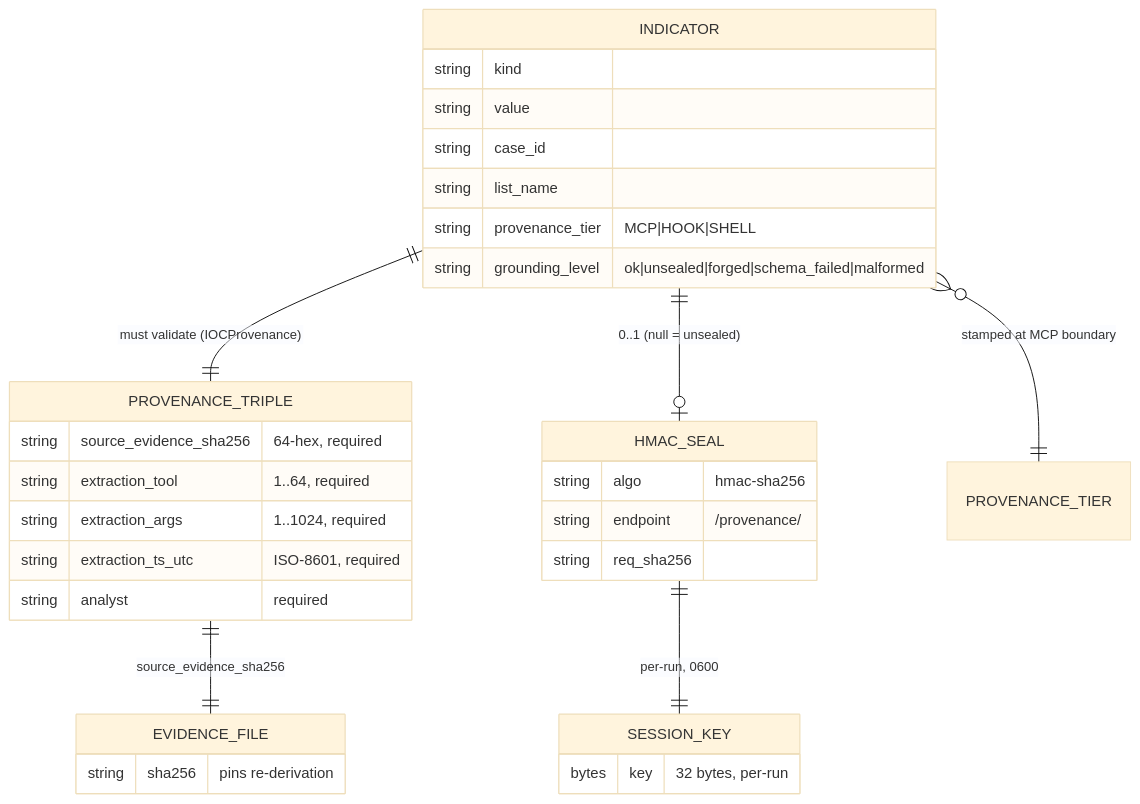
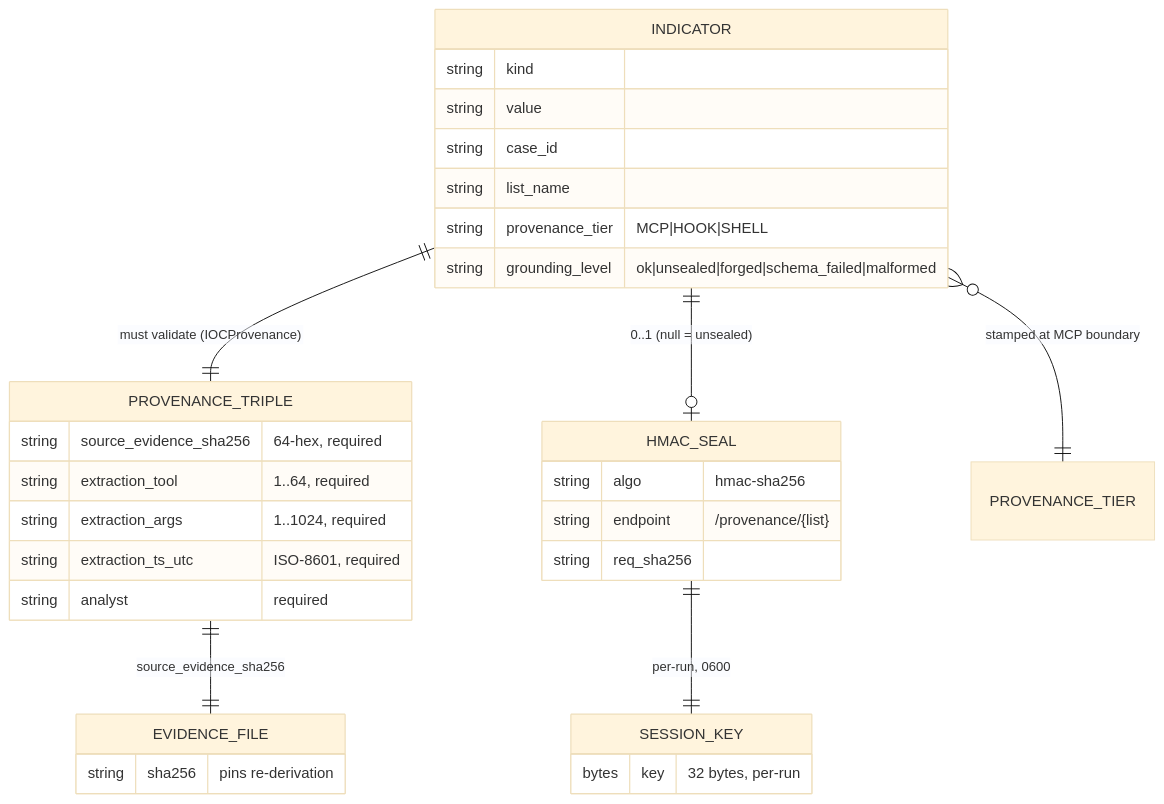
Before and after one commit to galvangabriel-web/agentropix-mcp: the diagram in docs/05-safety-forensics/provenance-grounding.md, drawn with Mermaid (base theme). The commit also changed 20 other files, not shown here.

First line of the commit message:
Diagram readability pass (workflow): redesign diagrams for size/clarity + audit log

````diff
--- a/docs/05-safety-forensics/provenance-grounding.md
+++ b/docs/05-safety-forensics/provenance-grounding.md
@@ -145,35 +145,35 @@
 ```mermaid
 erDiagram
     INDICATOR ||--|| PROVENANCE_TRIPLE : "must validate (IOCProvenance)"
     INDICATOR ||--o| HMAC_SEAL : "0..1 (null = unsealed)"
     INDICATOR }o--|| PROVENANCE_TIER : "stamped at MCP boundary"
     PROVENANCE_TRIPLE ||--|| EVIDENCE_FILE : "source_evidence_sha256"
     HMAC_SEAL ||--|| SESSION_KEY : "per-run, 0600"
 
     INDICATOR {
         string kind
         string value
         string case_id
         string list_name
         string provenance_tier "MCP|HOOK|SHELL"
         string grounding_level "ok|unsealed|forged|schema_failed|malformed"
     }
     PROVENANCE_TRIPLE {
         string source_evidence_sha256 "64-hex, required"
         string extraction_tool "1..64, required"
         string extraction_args "1..1024, required"
         string extraction_ts_utc "ISO-8601, required"
         string analyst "required"
     }
     HMAC_SEAL {
         string algo "hmac-sha256"
-        string endpoint "/provenance/<list_name>"
+        string endpoint "/provenance/{list}"
         string req_sha256
     }
     EVIDENCE_FILE {
         string sha256 "pins re-derivation"
     }
     SESSION_KEY {
         bytes key "32 bytes, per-run"
     }
 ```
````
